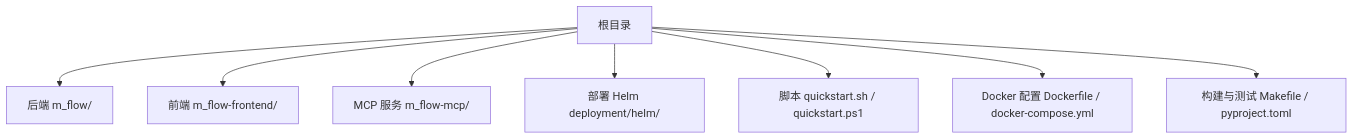
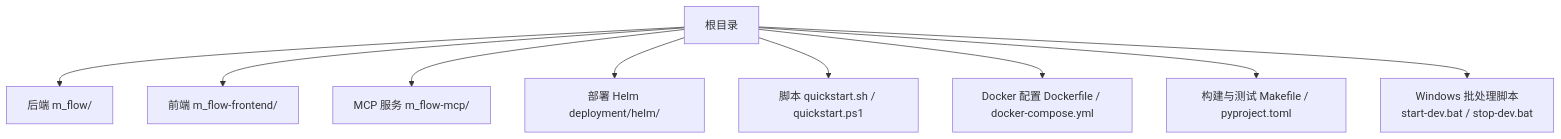
Before and after one commit to alvinwangzi/m_flow: the first of 3 diagrams in .qoder/repowiki/zh/content/开发指南/开发环境搭建.md, drawn with Mermaid. The commit also changed other lines of this file and 38 other files, not shown here.

````diff
--- a/.qoder/repowiki/zh/content/开发指南/开发环境搭建.md
+++ b/.qoder/repowiki/zh/content/开发指南/开发环境搭建.md
@@ -40,10 +50,11 @@
 ```mermaid
 graph TB
 A["根目录"] --> B["后端 m_flow/"]
 A --> C["前端 m_flow-frontend/"]
 A --> D["MCP 服务 m_flow-mcp/"]
 A --> E["部署 Helm deployment/helm/"]
 A --> F["脚本 quickstart.sh / quickstart.ps1"]
 A --> G["Docker 配置 Dockerfile / docker-compose.yml"]
 A --> H["构建与测试 Makefile / pyproject.toml"]
+A --> I["Windows 批处理脚本<br/>start-dev.bat / stop-dev.bat"]
 ```
````
